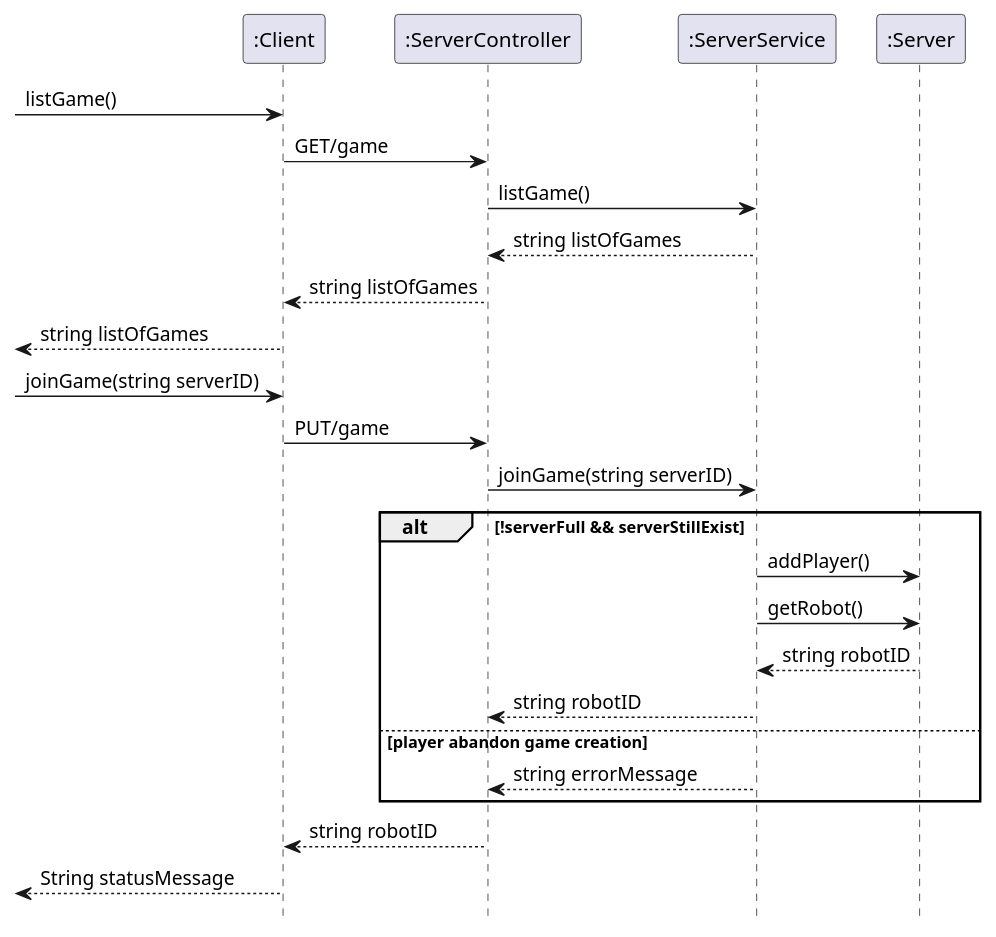
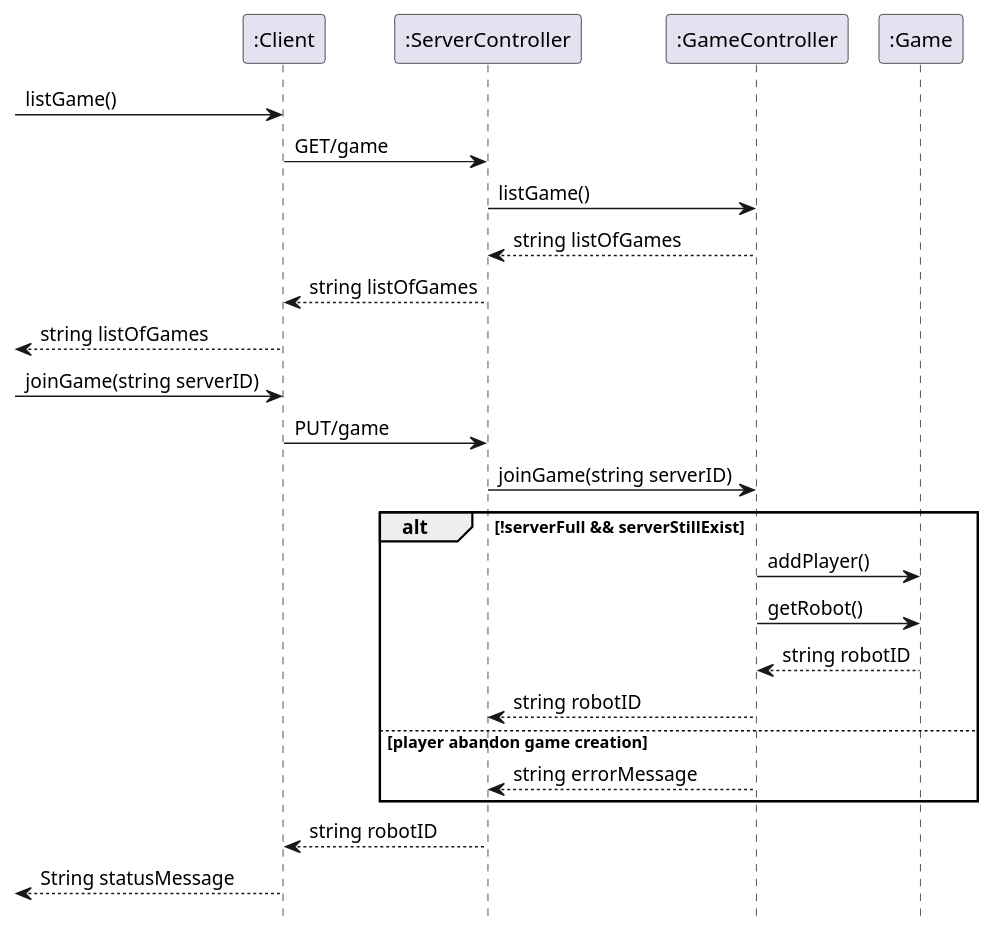
One commit to MikaelFangel/RoboRally changed the diagram in diagrams/Server SSD's/Join_Game.puml. Above: the diagram before and after it, drawn with PlantUML. The commit also changed 7 other files, not shown here.

```diff
--- a/diagrams/Server SSD's/Join_Game.puml
+++ b/diagrams/Server SSD's/Join_Game.puml
@@ -1,31 +1,31 @@
 @startuml
 'https://plantuml.com/sequence-diagram
 
 hide footbox
 
 Participant ":Client" as client
 Participant ":ServerController" as server
-Participant ":ServerService" as service
-participant ":Server" as game
+Participant ":GameController" as gameController
+participant ":Game" as game
 
 -> client : listGame()
 client -> server : GET/game
-server -> service : listGame()
-server <-- service : string listOfGames
+server -> gameController : listGame()
+server <-- gameController : string listOfGames
 client <-- server : string listOfGames
 <-- client : string listOfGames
 -> client : joinGame(string serverID)
 client -> server : PUT/game
-server -> service : joinGame(string serverID)
+server -> gameController : joinGame(string serverID)
 alt !serverFull && serverStillExist
-    service -> game : addPlayer()
-    service -> game : getRobot()
-    service <-- game : string robotID
-    server <-- service : string robotID
+    gameController -> game : addPlayer()
+    gameController -> game : getRobot()
+    gameController <-- game : string robotID
+    server <-- gameController : string robotID
 else player abandon game creation
-    server <-- service : string errorMessage
+    server <-- gameController : string errorMessage
 end
 client <-- server : string robotID
 <-- client: String statusMessage
 
 @enduml
```
